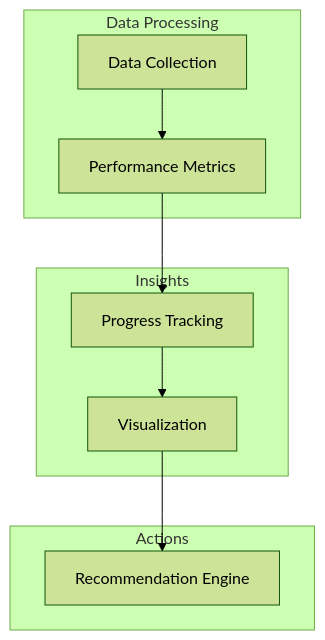
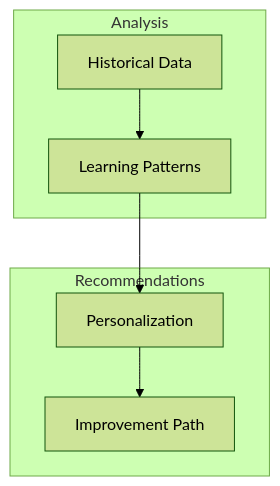
The fifth of 5 diagrams in AIPS_Todo_List.md (MaheshSharan/AI-Powered-Interview-Preparation-System-AIPS-), drawn with Mermaid (forest theme) before and after one commit. The commit also changed other lines of this file and 12 other files, not shown here.

First line of the commit message:
Refactor dashboard navigation and enhance interview flow

````diff
--- a/AIPS_Todo_List.md
+++ b/AIPS_Todo_List.md
@@ -386,21 +357,16 @@
 ```mermaid
 graph TD
-    A[Data Collection] --> B[Performance Metrics]
-    B --> C[Progress Tracking]
-    C --> D[Visualization]
-    D --> E[Recommendation Engine]
+    A[Historical Data] --> B[Learning Patterns]
+    B --> C[Personalization]
+    C --> D[Improvement Path]
     
-    subgraph Data Processing
+    subgraph Analysis
     A
     B
     end
     
-    subgraph Insights
+    subgraph Recommendations
     C
     D
     end
-    
-    subgraph Actions
-    E
-    end
 ```
````
